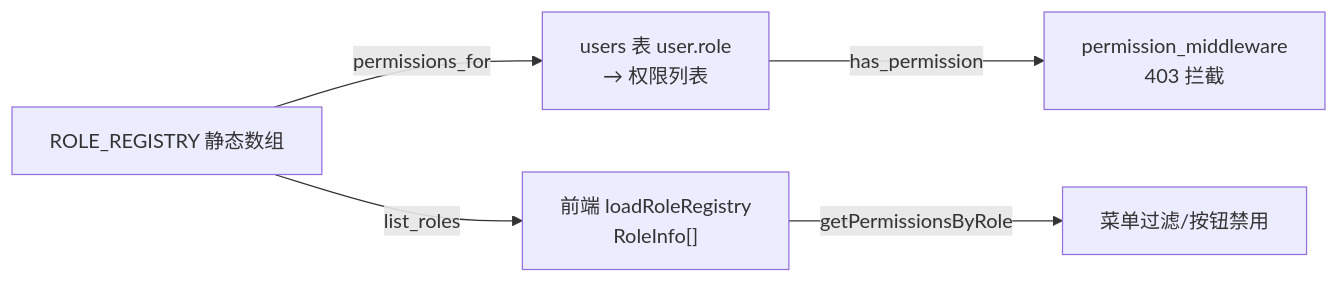
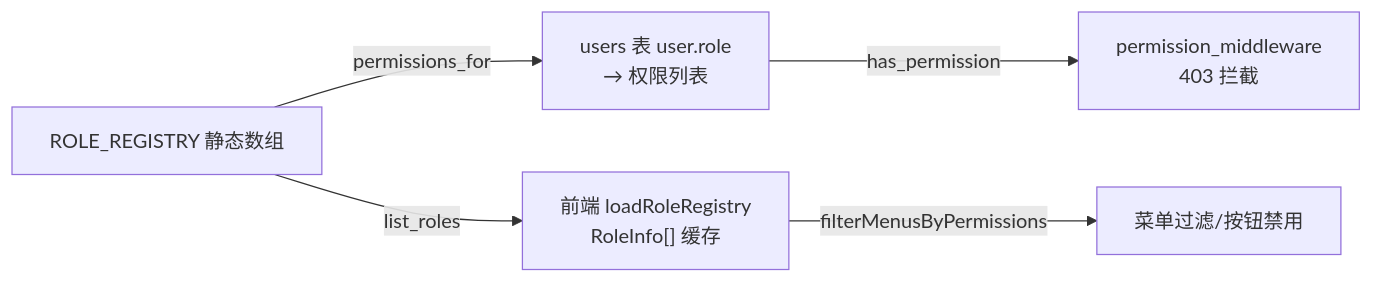
Before and after one commit to 3123958139/RustWeb-Vue: the fourth of 12 diagrams in docs/tutorial/03-后端逐模块精读.md, drawn with Mermaid. The commit also changed other lines of this file and 8 other files, not shown here.

````diff
--- a/docs/tutorial/03-后端逐模块精读.md
+++ b/docs/tutorial/03-后端逐模块精读.md
@@ -321,7 +486,7 @@
 ```mermaid
 flowchart LR
     REG[ROLE_REGISTRY 静态数组] -->|permissions_for| U1["users 表 user.role<br/>→ 权限列表"]
-    REG -->|list_roles| FE["前端 loadRoleRegistry<br/>RoleInfo[]"]
+    REG -->|list_roles| FE["前端 loadRoleRegistry<br/>RoleInfo[] 缓存"]
     U1 -->|has_permission| MW[permission_middleware<br/>403 拦截]
-    FE -->|getPermissionsByRole| FM[菜单过滤/按钮禁用]
+    FE -->|filterMenusByPermissions| FM[菜单过滤/按钮禁用]
 ```
````
